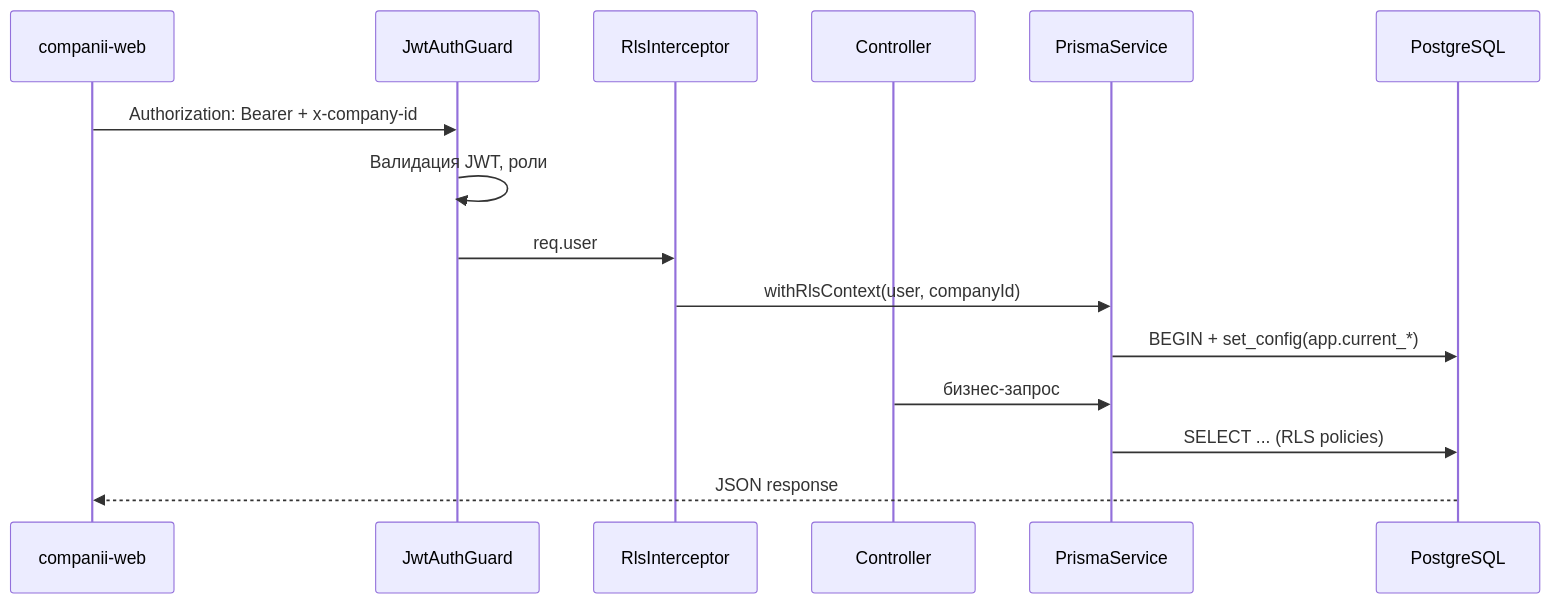
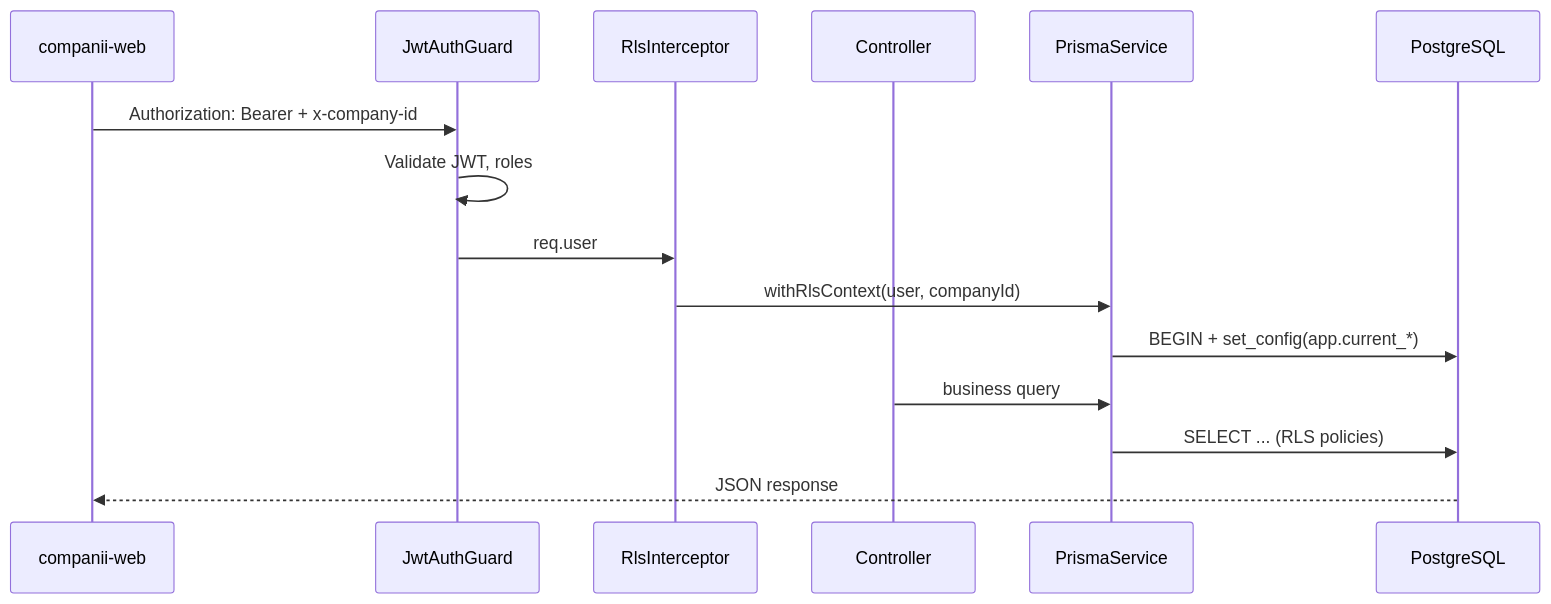
The third of 10 diagrams in README.md (1GoodCod1/companii-api), drawn with Mermaid before and after one commit. The commit also changed other lines of this file and 1 other file, not shown here.

````diff
--- a/README.md
+++ b/README.md
@@ -122,18 +124,18 @@
 ```mermaid
 sequenceDiagram
     participant Client as companii-web
     participant Guard as JwtAuthGuard
     participant RLS as RlsInterceptor
     participant Ctrl as Controller
     participant Prisma as PrismaService
     participant DB as PostgreSQL
 
     Client->>Guard: Authorization: Bearer + x-company-id
-    Guard->>Guard: Валидация JWT, роли
+    Guard->>Guard: Validate JWT, roles
     Guard->>RLS: req.user
     RLS->>Prisma: withRlsContext(user, companyId)
     Prisma->>DB: BEGIN + set_config(app.current_*)
-    Ctrl->>Prisma: бизнес-запрос
+    Ctrl->>Prisma: business query
     Prisma->>DB: SELECT ... (RLS policies)
     DB-->>Client: JSON response
 ```
````
